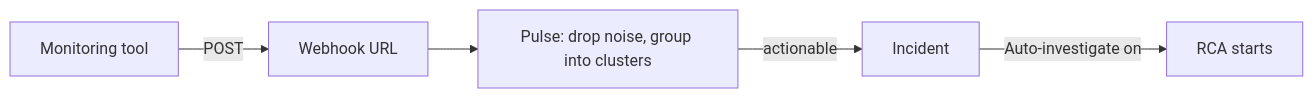
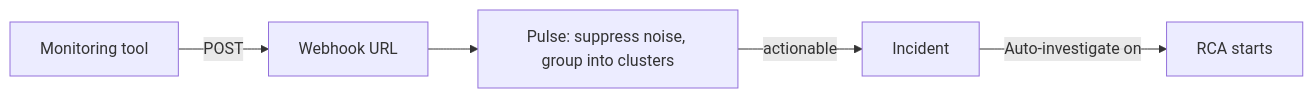
One commit to nhat-tranvan/docs changed the diagram in guide/incident/webhook-integrations/overview.mdx. Above: the diagram before and after it, drawn with Mermaid. The commit also changed other lines of this file and 7 other files, not shown here.

````diff
--- a/guide/incident/webhook-integrations/overview.mdx
+++ b/guide/incident/webhook-integrations/overview.mdx
@@ -13,7 +13,7 @@
 ```mermaid
 flowchart LR
     A["Monitoring tool"] -->|POST| B["Webhook URL"]
-    B --> C["Pulse: drop noise, group into clusters"]
+    B --> C["Pulse: suppress noise, group into clusters"]
     C -->|actionable| D["Incident"]
     D -->|Auto-investigate on| E["RCA starts"]
 ```
````
